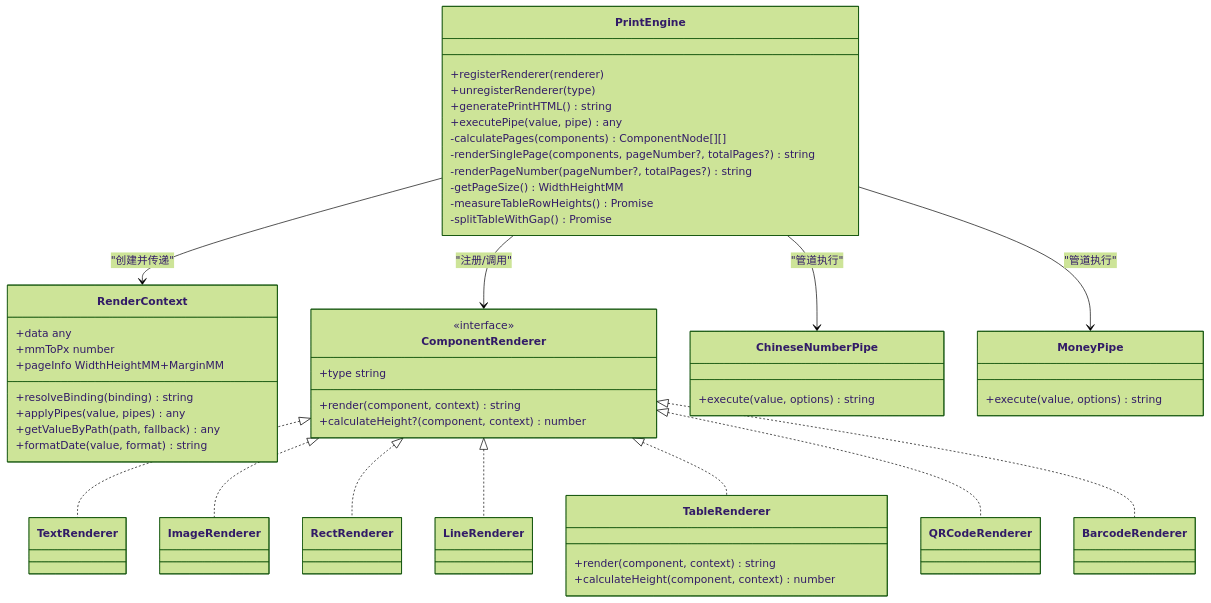
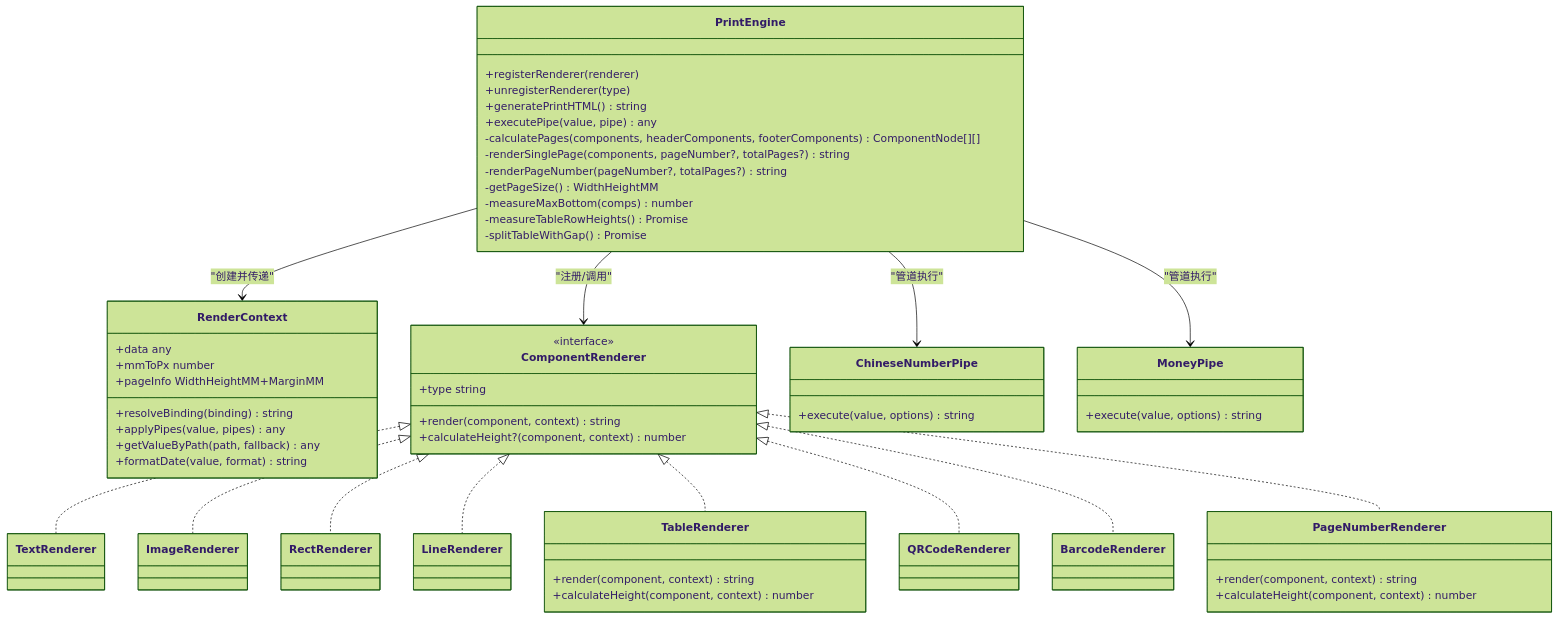
One commit to joker-yjc/printer changed the second of 11 diagrams in .qoder/repowiki/zh/content/打印SDK系统/打印引擎核心.md. Above: the diagram before and after it, drawn with Mermaid (forest theme). The commit also changed other lines of this file and 16 other files, not shown here.

````diff
--- a/.qoder/repowiki/zh/content/打印SDK系统/打印引擎核心.md
+++ b/.qoder/repowiki/zh/content/打印SDK系统/打印引擎核心.md
@@ -133,57 +140,63 @@
 ```mermaid
 classDiagram
 class PrintEngine {
 +registerRenderer(renderer)
 +unregisterRenderer(type)
 +generatePrintHTML() string
 +executePipe(value, pipe) any
--calculatePages(components) ComponentNode[][]
+-calculatePages(components, headerComponents, footerComponents) ComponentNode[][]
 -renderSinglePage(components, pageNumber?, totalPages?) string
 -renderPageNumber(pageNumber?, totalPages?) string
 -getPageSize() WidthHeightMM
+-measureMaxBottom(comps) number
 -measureTableRowHeights() Promise
 -splitTableWithGap() Promise
 }
 class RenderContext {
 +data any
 +resolveBinding(binding) string
 +applyPipes(value, pipes) any
 +getValueByPath(path, fallback) any
 +formatDate(value, format) string
 +mmToPx number
 +pageInfo WidthHeightMM+MarginMM
 }
 class ComponentRenderer {
 <<interface>>
 +type string
 +render(component, context) string
 +calculateHeight?(component, context) number
 }
 class TextRenderer
 class ImageRenderer
 class RectRenderer
 class LineRenderer
 class TableRenderer {
 +render(component, context) string
 +calculateHeight(component, context) number
 }
 class QRCodeRenderer
 class BarcodeRenderer
+class PageNumberRenderer {
++render(component, context) string
++calculateHeight(component, context) number
+}
 class ChineseNumberPipe {
 +execute(value, options) string
 }
 class MoneyPipe {
 +execute(value, options) string
 }
 PrintEngine --> RenderContext : "创建并传递"
 PrintEngine --> ComponentRenderer : "注册/调用"
 PrintEngine --> ChineseNumberPipe : "管道执行"
 PrintEngine --> MoneyPipe : "管道执行"
 ComponentRenderer <|.. TextRenderer
 ComponentRenderer <|.. ImageRenderer
 ComponentRenderer <|.. RectRenderer
 ComponentRenderer <|.. LineRenderer
 ComponentRenderer <|.. TableRenderer
 ComponentRenderer <|.. QRCodeRenderer
 ComponentRenderer <|.. BarcodeRenderer
+ComponentRenderer <|.. PageNumberRenderer
 ```
````
